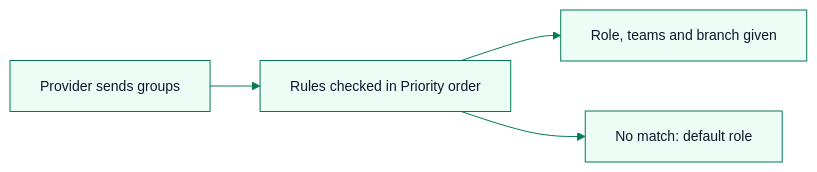
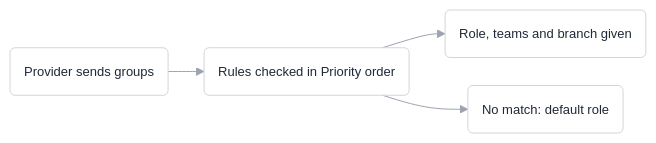
One commit to BharathVasireddy/marro-docs changed the diagram in guides/company-sign-in.mdx. Above: the diagram before and after it, drawn with Mermaid. The commit also changed other lines of this file and 95 other files, not shown here.

First line of the commit message:
One guide per settings screen, in the Settings menu's order, with diagrams only where they are needed

````diff
--- a/guides/company-sign-in.mdx
+++ b/guides/company-sign-in.mdx
@@ -57,7 +55,7 @@
 ```mermaid
-%%{init: {'theme':'base','themeVariables':{'primaryColor':'#ecfdf5','primaryBorderColor':'#047857','primaryTextColor':'#0f172a','lineColor':'#047857','fontSize':'14px'}}}%%
+%%{init: {'theme':'base','flowchart':{'curve':'basis','padding':14,'nodeSpacing':28,'rankSpacing':36},'themeVariables':{'primaryColor':'#ffffff','primaryBorderColor':'#d1d5db','primaryTextColor':'#1f2937','lineColor':'#9ca3af','fontFamily':'Inter, ui-sans-serif, sans-serif','fontSize':'13px','edgeLabelBackground':'#ffffff'}}}%%
 flowchart LR
-  A[Provider sends groups] --> B["Rules checked in Priority order"]
-  B --> C[Role, teams and branch given]
-  B --> D[No match: default role]
+  A(Provider sends groups) --> B("Rules checked in Priority order")
+  B --> C(Role, teams and branch given)
+  B --> D(No match: default role)
 ```
````
